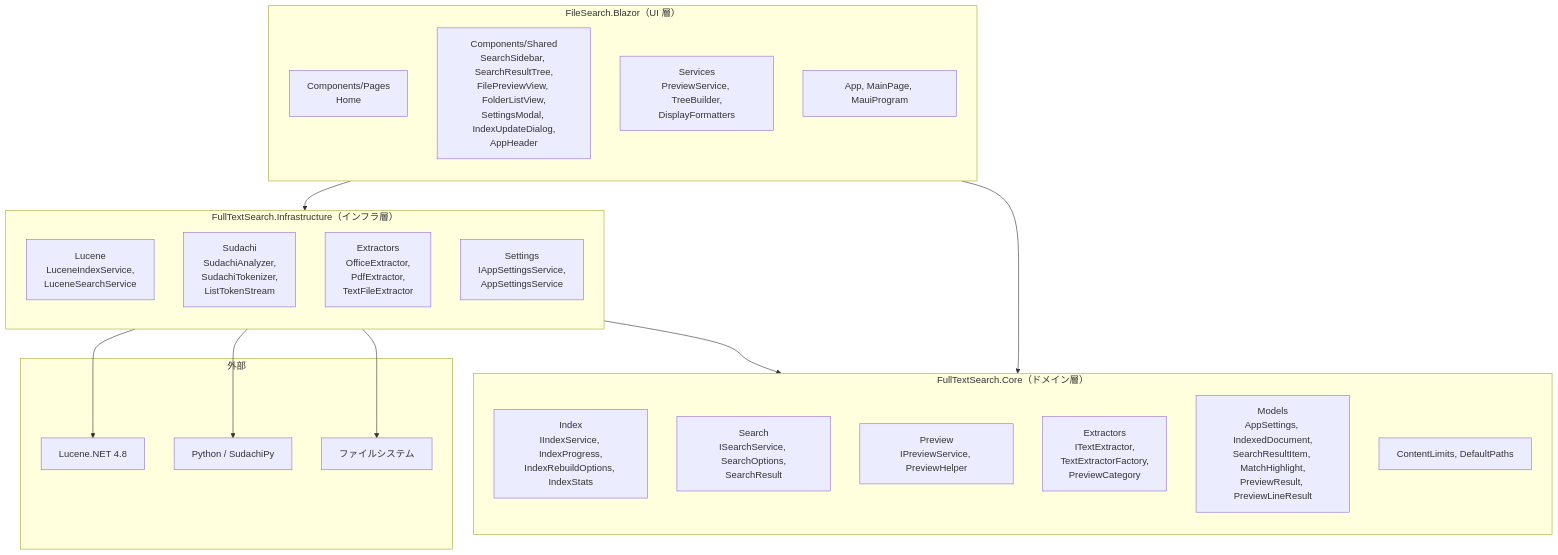
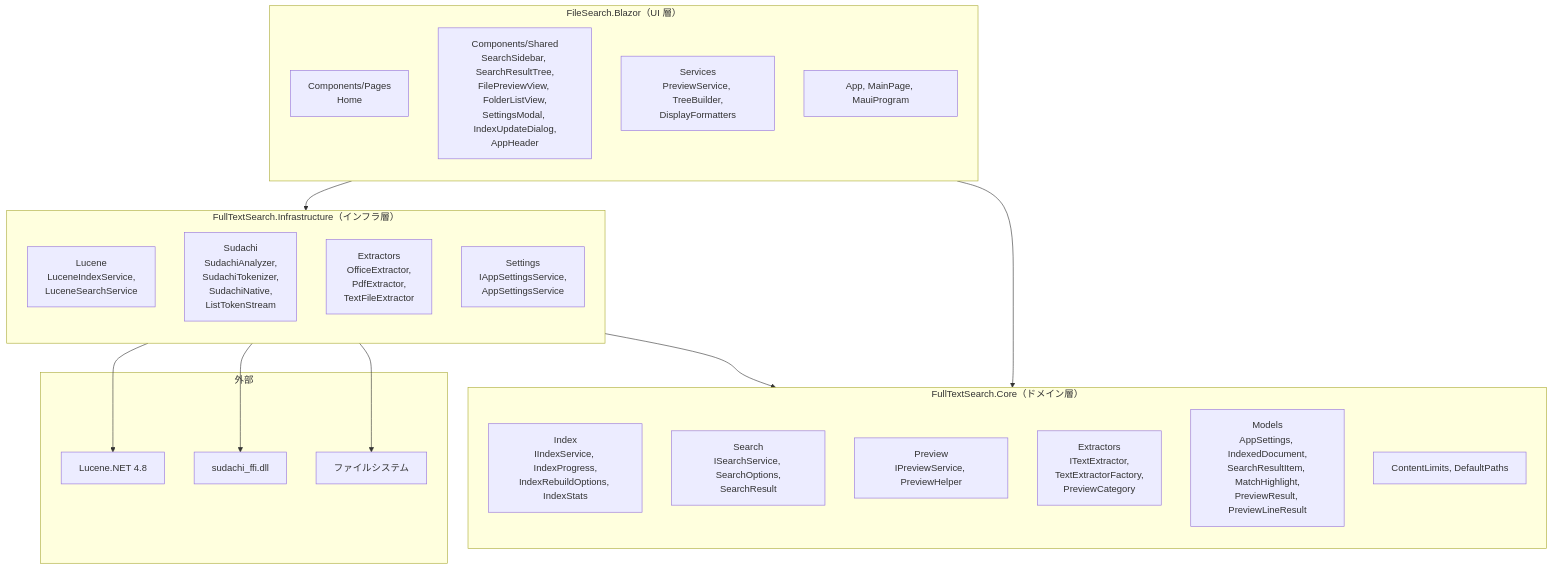
The second of 15 diagrams in docs/UML図.md (zndmonya-dot/FileSearchApp-), drawn with Mermaid before and after one commit. The commit also changed other lines of this file and 82 other files, not shown here.

````diff
--- a/docs/UML図.md
+++ b/docs/UML図.md
@@ -47,41 +47,41 @@
 ```mermaid
 graph TB
     subgraph UI ["FileSearch.Blazor（UI 層）"]
         direction TB
         Pages["Components/Pages<br/>Home"]
         Shared["Components/Shared<br/>SearchSidebar, SearchResultTree,<br/>FilePreviewView, FolderListView,<br/>SettingsModal, IndexUpdateDialog,<br/>AppHeader"]
         BlazorSvc["Services<br/>PreviewService, TreeBuilder,<br/>DisplayFormatters"]
         MAUI["App, MainPage, MauiProgram"]
     end
 
     subgraph Core ["FullTextSearch.Core（ドメイン層）"]
         direction TB
         CoreIdx["Index<br/>IIndexService, IndexProgress,<br/>IndexRebuildOptions, IndexStats"]
         CoreSearch["Search<br/>ISearchService, SearchOptions,<br/>SearchResult"]
         CorePreview["Preview<br/>IPreviewService, PreviewHelper"]
         CoreExt["Extractors<br/>ITextExtractor,<br/>TextExtractorFactory,<br/>PreviewCategory"]
         CoreModels["Models<br/>AppSettings, IndexedDocument,<br/>SearchResultItem, MatchHighlight,<br/>PreviewResult, PreviewLineResult"]
         CoreConst["ContentLimits, DefaultPaths"]
     end
 
     subgraph Infra ["FullTextSearch.Infrastructure（インフラ層）"]
         direction TB
         InfraLucene["Lucene<br/>LuceneIndexService,<br/>LuceneSearchService"]
-        InfraSudachi["Sudachi<br/>SudachiAnalyzer,<br/>SudachiTokenizer,<br/>ListTokenStream"]
+        InfraSudachi["Sudachi<br/>SudachiAnalyzer,<br/>SudachiTokenizer,<br/>SudachiNative,<br/>ListTokenStream"]
         InfraExt["Extractors<br/>OfficeExtractor,<br/>PdfExtractor,<br/>TextFileExtractor"]
         InfraSettings["Settings<br/>IAppSettingsService,<br/>AppSettingsService"]
     end
 
     subgraph External ["外部"]
         Lucene["Lucene.NET 4.8"]
-        Python["Python / SudachiPy"]
+        SudachiDll["sudachi_ffi.dll"]
         FS["ファイルシステム"]
     end
 
     UI --> Core
     UI --> Infra
     Infra --> Core
     InfraLucene --> Lucene
-    InfraSudachi --> Python
+    InfraSudachi --> SudachiDll
     InfraExt --> FS
 ```
````
